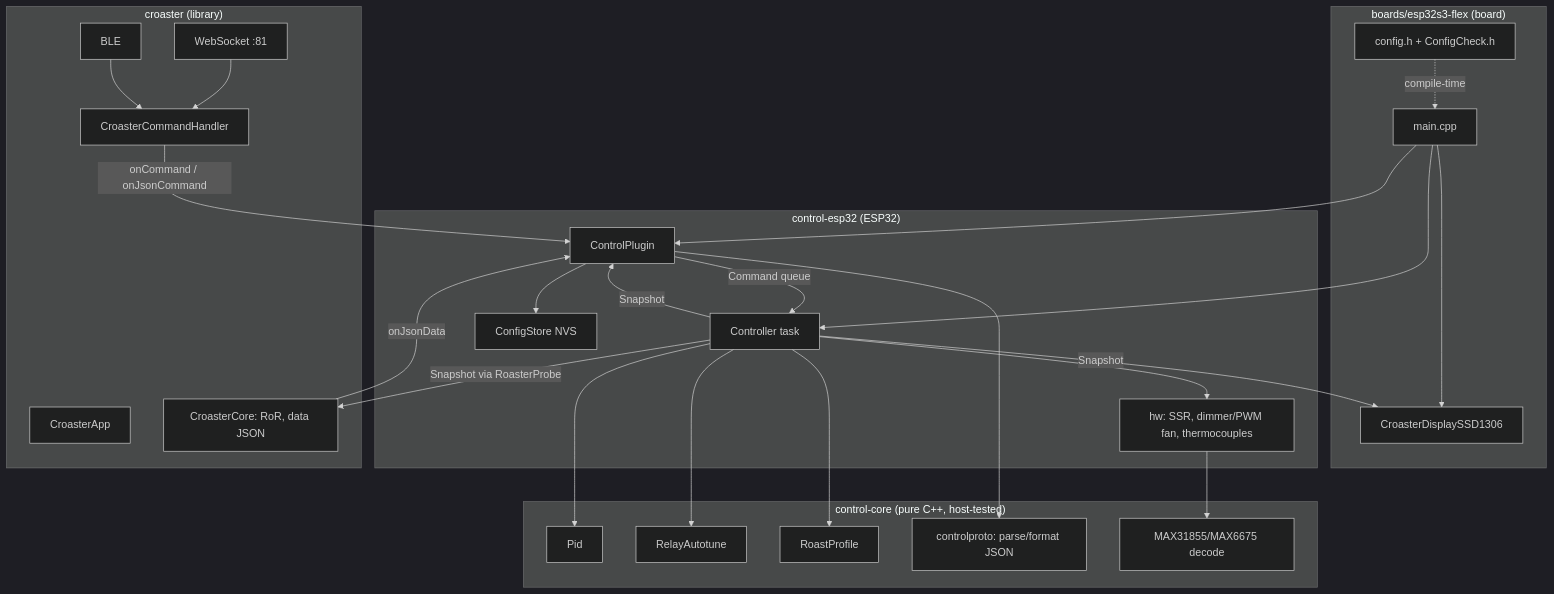
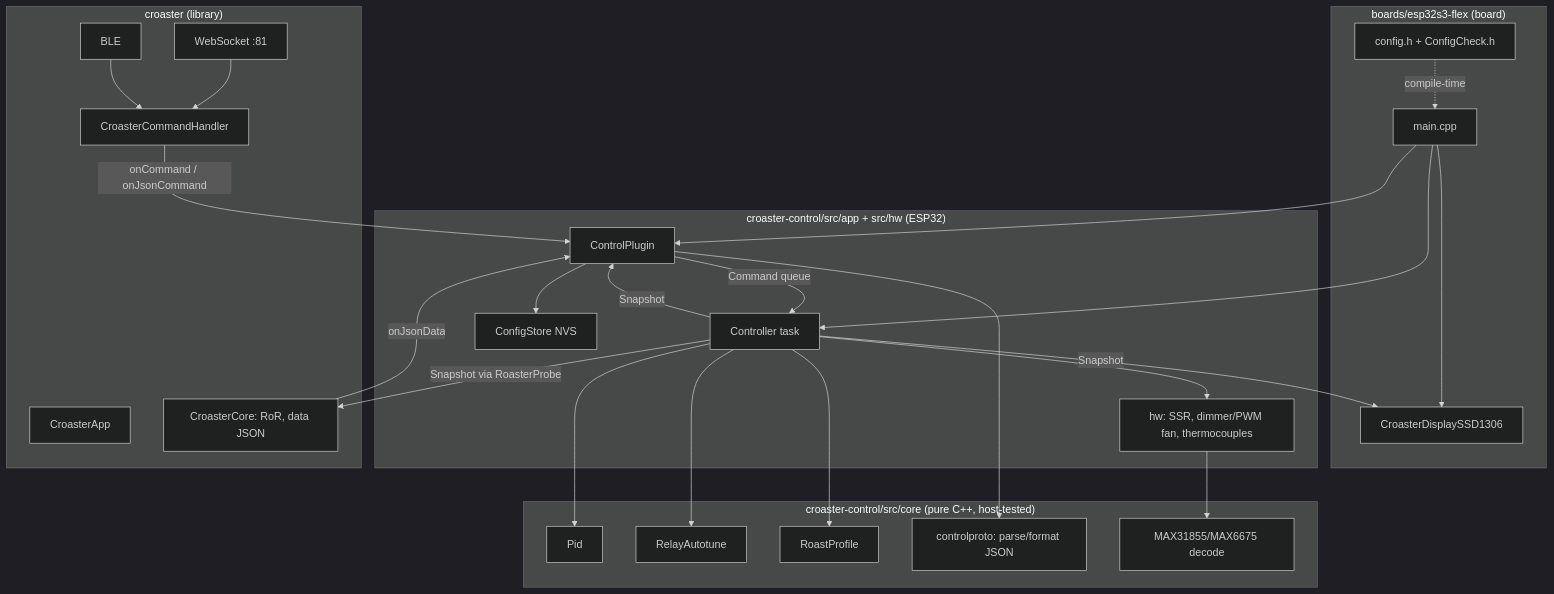
One commit to shawns1234/Croaster changed the diagram in docs/architecture.md. Above: the diagram before and after it, drawn with Mermaid (dark theme). The commit also changed other lines of this file and 50 other files, not shown here.

First line of the commit message:
Merge control-core and control-esp32 into croaster-control

````diff
--- a/docs/architecture.md
+++ b/docs/architecture.md
@@ -59,40 +59,40 @@
 ```mermaid
 flowchart TB
     subgraph board["boards/esp32s3-flex (board)"]
         CFG[config.h + ConfigCheck.h]
         MAIN[main.cpp]
         OLED[CroasterDisplaySSD1306]
     end
-    subgraph rc["control-esp32 (ESP32)"]
+    subgraph rc["croaster-control/src/app + src/hw (ESP32)"]
         PLUG[ControlPlugin]
         R[Controller task]
         HW[hw: SSR, dimmer/PWM fan, thermocouples]
         NVS[ConfigStore NVS]
     end
-    subgraph core["control-core (pure C++, host-tested)"]
+    subgraph core["croaster-control/src/core (pure C++, host-tested)"]
         PID[Pid]
         AT[RelayAutotune]
         PROF[RoastProfile]
         PROTO[controlproto: parse/format JSON]
         DEC[MAX31855/MAX6675 decode]
     end
     subgraph cl["croaster (library)"]
         APP[CroasterApp]
         CMD[CroasterCommandHandler]
         CORE[CroasterCore: RoR, data JSON]
         WS[WebSocket :81]
         BLE[BLE]
     end
     MAIN --> PLUG & R & OLED
     CFG -.compile-time.-> MAIN
     WS & BLE --> CMD
     CMD -- onCommand / onJsonCommand --> PLUG
     PLUG --> PROTO
     PLUG -- Command queue --> R
     R --> PID & AT & PROF & HW
     HW --> DEC
     R -- Snapshot --> PLUG & OLED
     R -- Snapshot via RoasterProbe --> CORE
     CORE -- onJsonData --> PLUG
     PLUG --> NVS
 ```
````
